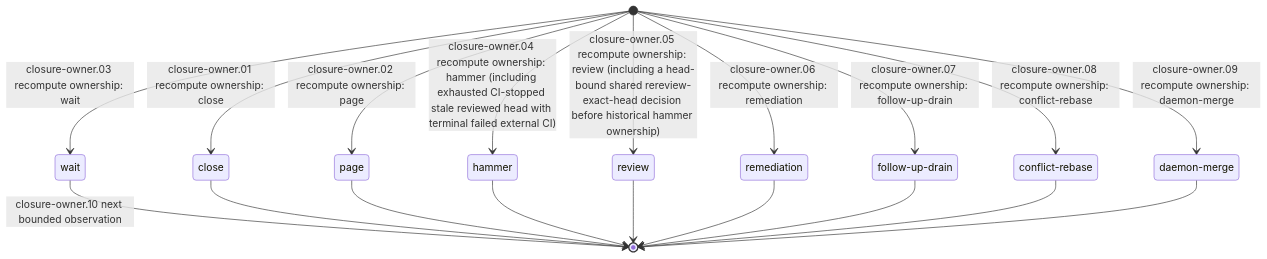
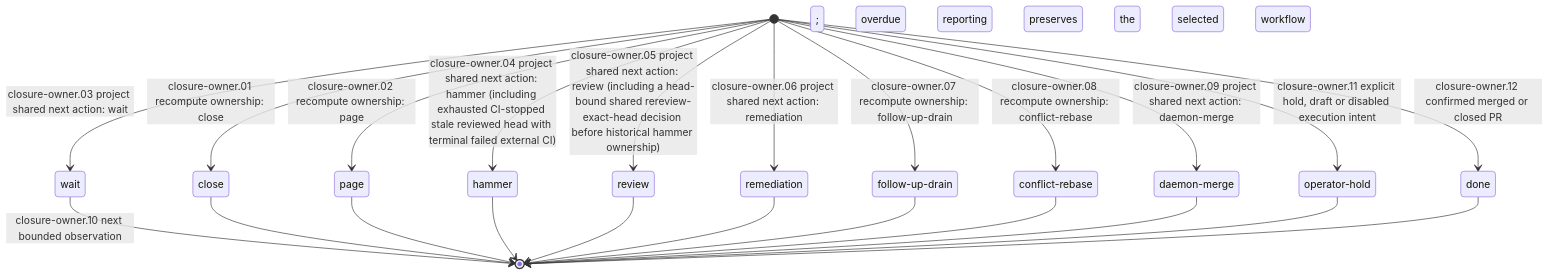
Before and after one commit to laceyenterprises/adversarial-review: the fifth of 6 diagrams in README.md, drawn with Mermaid. The commit also changed other lines of this file and 48 other files, not shown here.

First line of the commit message:
NXA-05: adopt closer decision ownership (SPEC pr-next-action@c216a174c80e)

````diff
--- a/README.md
+++ b/README.md
@@ -1888,30 +1907,36 @@
 ```mermaid
 stateDiagram-v2
     state "close" as s0
     state "page" as s1
     state "wait" as s2
     state "hammer" as s3
     state "review" as s4
     state "remediation" as s5
     state "follow-up-drain" as s6
     state "conflict-rebase" as s7
     state "daemon-merge" as s8
+    state "operator-hold" as s9
+    state "done" as s10
     [*] --> s0: closure-owner.01 recompute ownership: close
     [*] --> s1: closure-owner.02 recompute ownership: page
-    [*] --> s2: closure-owner.03 recompute ownership: wait
-    [*] --> s3: closure-owner.04 recompute ownership: hammer (including exhausted CI-stopped stale reviewed head with terminal failed external CI)
-    [*] --> s4: closure-owner.05 recompute ownership: review (including a head-bound shared rereview-exact-head decision before historical hammer ownership)
-    [*] --> s5: closure-owner.06 recompute ownership: remediation
+    [*] --> s2: closure-owner.03 project shared next action: wait
+    [*] --> s3: closure-owner.04 project shared next action: hammer (including exhausted CI-stopped stale reviewed head with terminal failed external CI)
+    [*] --> s4: closure-owner.05 project shared next action: review (including a head-bound shared rereview-exact-head decision before historical hammer ownership)
+    [*] --> s5: closure-owner.06 project shared next action: remediation
     [*] --> s6: closure-owner.07 recompute ownership: follow-up-drain
     [*] --> s7: closure-owner.08 recompute ownership: conflict-rebase
-    [*] --> s8: closure-owner.09 recompute ownership: daemon-merge
-    s2 --> [*]: closure-owner.10 next bounded observation
+    [*] --> s8: closure-owner.09 project shared next action: daemon-merge
+    s2 --> [*]: closure-owner.10 next bounded observation; overdue reporting preserves the selected workflow
+    [*] --> s9: closure-owner.11 explicit hold, draft or disabled execution intent
+    [*] --> s10: closure-owner.12 confirmed merged or closed PR
     s0 --> [*]
     s1 --> [*]
     s3 --> [*]
     s4 --> [*]
     s5 --> [*]
     s6 --> [*]
     s7 --> [*]
     s8 --> [*]
+    s9 --> [*]
+    s10 --> [*]
 ```
````
